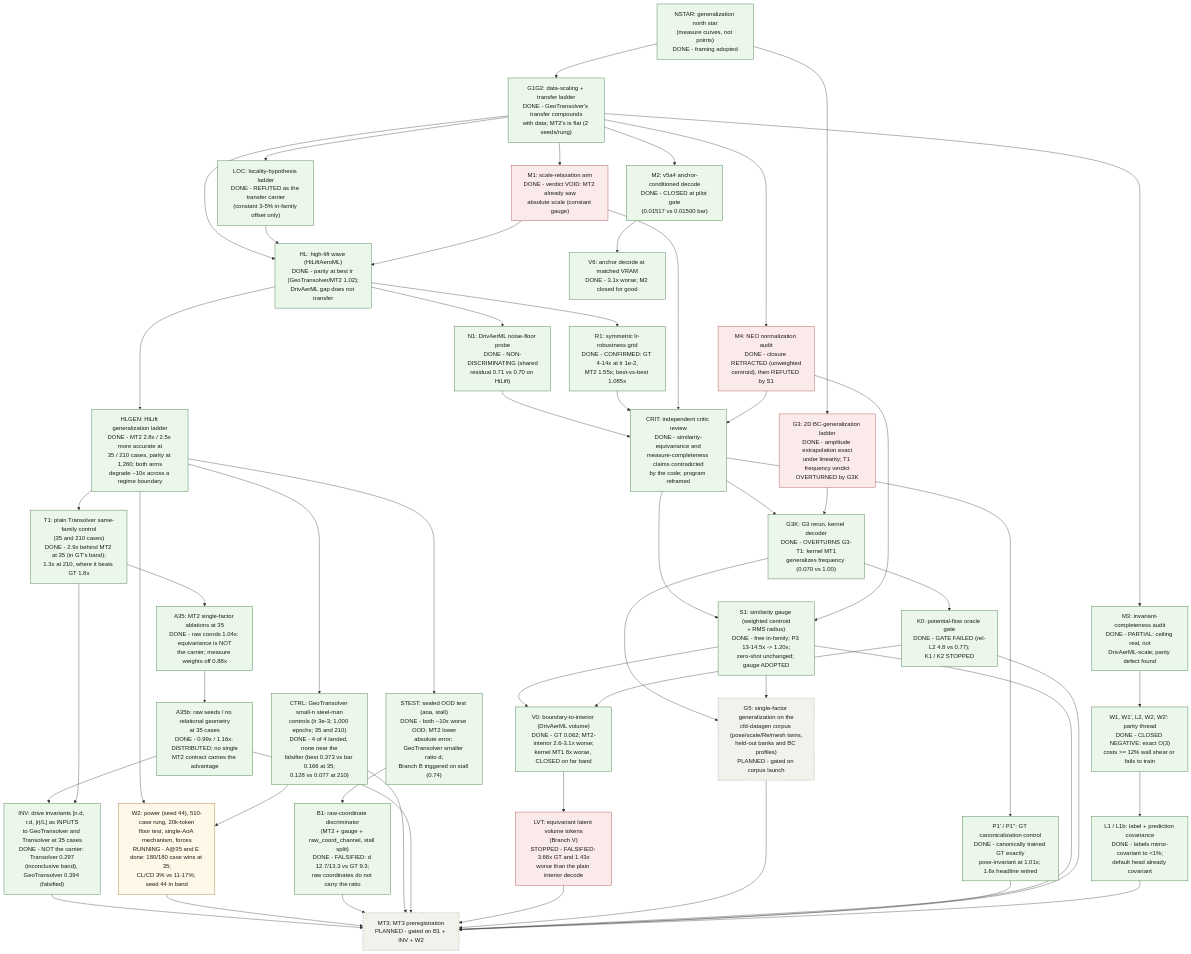
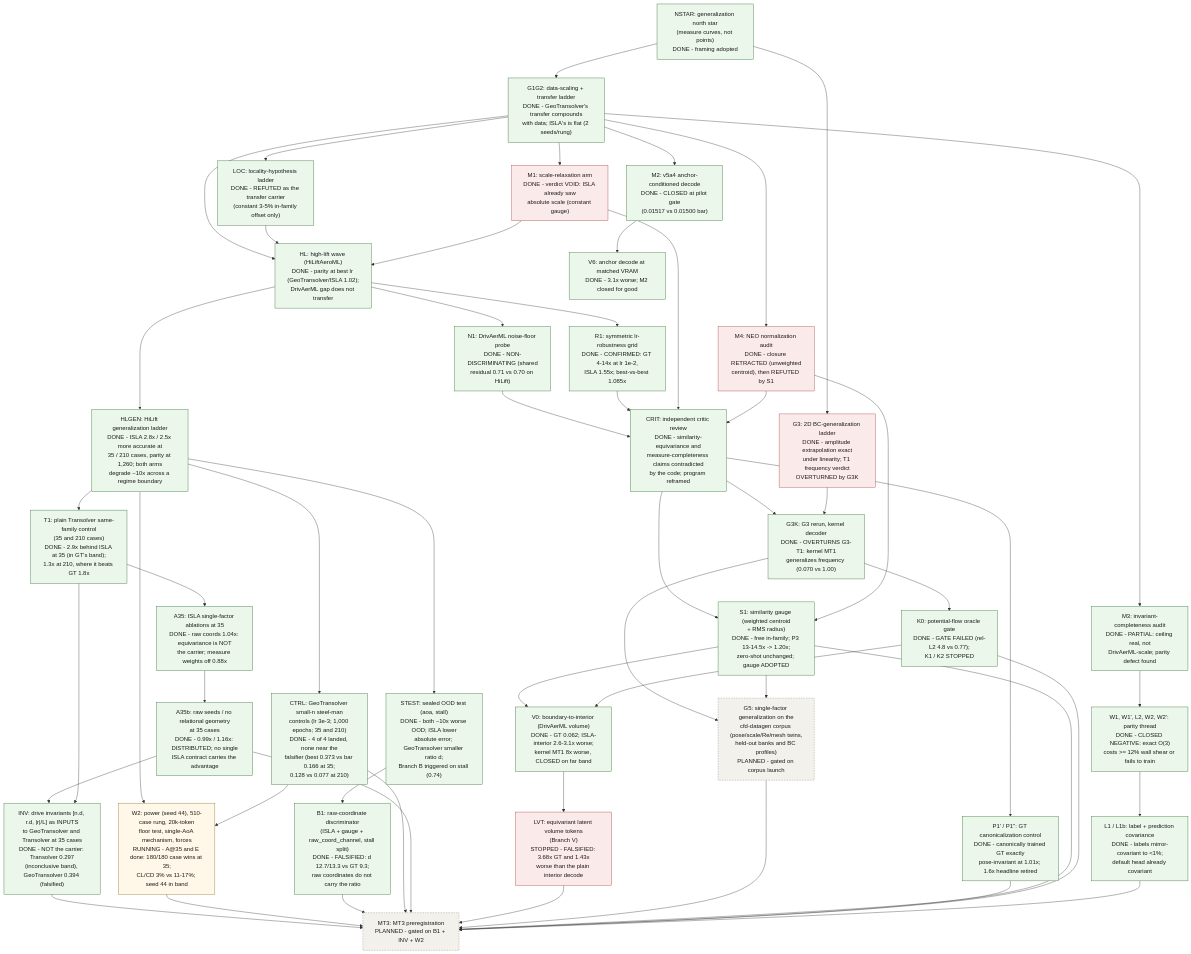
One commit to peterdsharpe/modulus changed the diagram in examples/cfd/mesh_transformer/book/13-program-status.qmd. Above: the diagram before and after it, drawn with Mermaid. The commit also changed other lines of this file and 13 other files, not shown here.

Commit message:
Book: rename the architecture to ISLA (Invariant Slice Attention) in all reader-facing chapters, governing docs and config; notebook entry records the decision

```diff
--- a/examples/cfd/mesh_transformer/book/13-program-status.qmd
+++ b/examples/cfd/mesh_transformer/book/13-program-status.qmd
@@ -42,16 +42,16 @@
     classDef retracted fill:#fbeaea,stroke:#a33a3a,color:#1a1a1a
 
     NSTAR["NSTAR: generalization north star<br/>(measure curves, not points)<br/>DONE - framing adopted"]:::done
-    G1G2["G1G2: data-scaling + transfer ladder<br/>DONE - GeoTransolver's transfer compounds<br/>with data; MT2's is flat (2 seeds/rung)"]:::done
+    G1G2["G1G2: data-scaling + transfer ladder<br/>DONE - GeoTransolver's transfer compounds<br/>with data; ISLA's is flat (2 seeds/rung)"]:::done
     LOC["LOC: locality-hypothesis ladder<br/>DONE - REFUTED as the transfer carrier<br/>(constant 3-5% in-family offset only)"]:::done
-    M1["M1: scale-relaxation arm<br/>DONE - verdict VOID: MT2 already saw<br/>absolute scale (constant gauge)"]:::retracted
+    M1["M1: scale-relaxation arm<br/>DONE - verdict VOID: ISLA already saw<br/>absolute scale (constant gauge)"]:::retracted
     M2["M2: v5a4 anchor-conditioned decode<br/>DONE - CLOSED at pilot gate<br/>(0.01517 vs 0.01500 bar)"]:::done
     M3["M3: invariant-completeness audit<br/>DONE - PARTIAL: ceiling real, not<br/>DrivAerML-scale; parity defect found"]:::done
     M4["M4: NEO normalization audit<br/>DONE - closure RETRACTED (unweighted<br/>centroid), then REFUTED by S1"]:::retracted
     G3["G3: 2D BC-generalization ladder<br/>DONE - amplitude extrapolation exact<br/>under linearity; T1 frequency verdict<br/>OVERTURNED by G3K"]:::retracted
-    HL["HL: high-lift wave (HiLiftAeroML)<br/>DONE - parity at best lr (GeoTransolver/MT2 1.02);<br/>DrivAerML gap does not transfer"]:::done
+    HL["HL: high-lift wave (HiLiftAeroML)<br/>DONE - parity at best lr (GeoTransolver/ISLA 1.02);<br/>DrivAerML gap does not transfer"]:::done
     N1["N1: DrivAerML noise-floor probe<br/>DONE - NON-DISCRIMINATING (shared<br/>residual 0.71 vs 0.70 on HiLift)"]:::done
-    R1["R1: symmetric lr-robustness grid<br/>DONE - CONFIRMED: GT 4-14x at lr 1e-2,<br/>MT2 1.55x; best-vs-best 1.085x"]:::done
+    R1["R1: symmetric lr-robustness grid<br/>DONE - CONFIRMED: GT 4-14x at lr 1e-2,<br/>ISLA 1.55x; best-vs-best 1.085x"]:::done
     V6["V6: anchor decode at matched VRAM<br/>DONE - 3.1x worse; M2 closed for good"]:::done
     PAR["W1, W1', L2, W2, W2': parity thread<br/>DONE - CLOSED NEGATIVE: exact O(3)<br/>costs >= 12% wall shear or fails to train"]:::done
     L1["L1 / L1b: label + prediction covariance<br/>DONE - labels mirror-covariant to <1%;<br/>default head already covariant"]:::done
@@ -60,17 +60,17 @@
     K0["K0: potential-flow oracle gate<br/>DONE - GATE FAILED (rel-L2 4.8 vs 0.77);<br/>K1 / K2 STOPPED"]:::done
     P1C["P1' / P1'': GT canonicalization control<br/>DONE - canonically trained GT exactly<br/>pose-invariant at 1.01x; 1.6x headline retired"]:::done
     S1["S1: similarity gauge (weighted centroid<br/>+ RMS radius)<br/>DONE - free in-family; P3 13-14.5x -> 1.20x;<br/>zero-shot unchanged; gauge ADOPTED"]:::done
-    HLGEN["HLGEN: HiLift generalization ladder<br/>DONE - MT2 2.8x / 2.5x more accurate at<br/>35 / 210 cases, parity at 1,260; both arms<br/>degrade ~10x across a regime boundary"]:::done
+    HLGEN["HLGEN: HiLift generalization ladder<br/>DONE - ISLA 2.8x / 2.5x more accurate at<br/>35 / 210 cases, parity at 1,260; both arms<br/>degrade ~10x across a regime boundary"]:::done
     CTRL["CTRL: GeoTransolver small-n steel-man<br/>controls (lr 3e-3; 1,000 epochs; 35 and 210)<br/>DONE - 4 of 4 landed, none near the<br/>falsifier (best 0.373 vs bar 0.166 at 35;<br/>0.128 vs 0.077 at 210)"]:::done
-    T1["T1: plain Transolver same-family control<br/>(35 and 210 cases)<br/>DONE - 2.9x behind MT2 at 35 (in GT's band);<br/>1.3x at 210, where it beats GT 1.8x"]:::done
-    A35["A35: MT2 single-factor ablations at 35<br/>DONE - raw coords 1.04x: equivariance is NOT<br/>the carrier; measure weights off 0.88x"]:::done
-    A35B["A35b: raw seeds / no relational geometry<br/>at 35 cases<br/>DONE - 0.99x / 1.16x: DISTRIBUTED; no single<br/>MT2 contract carries the advantage"]:::done
+    T1["T1: plain Transolver same-family control<br/>(35 and 210 cases)<br/>DONE - 2.9x behind ISLA at 35 (in GT's band);<br/>1.3x at 210, where it beats GT 1.8x"]:::done
+    A35["A35: ISLA single-factor ablations at 35<br/>DONE - raw coords 1.04x: equivariance is NOT<br/>the carrier; measure weights off 0.88x"]:::done
+    A35B["A35b: raw seeds / no relational geometry<br/>at 35 cases<br/>DONE - 0.99x / 1.16x: DISTRIBUTED; no single<br/>ISLA contract carries the advantage"]:::done
     INV["INV: drive invariants [n.d, r.d, |r|/L] as INPUTS<br/>to GeoTransolver and Transolver at 35 cases<br/>DONE - NOT the carrier: Transolver 0.297<br/>(inconclusive band), GeoTransolver 0.394 (falsified)"]:::done
     W2["W2: power (seed 44), 510-case rung, 20k-token<br/>floor test, single-AoA mechanism, forces<br/>RUNNING - A@35 and E done: 180/180 case wins at 35;<br/>CL/CD 3% vs 11-17%; seed 44 in band"]:::running
-    V0["V0: boundary-to-interior (DrivAerML volume)<br/>DONE - GT 0.062; MT2-interior 2.6-3.1x worse;<br/>kernel MT1 8x worse, CLOSED on far band"]:::done
+    V0["V0: boundary-to-interior (DrivAerML volume)<br/>DONE - GT 0.062; ISLA-interior 2.6-3.1x worse;<br/>kernel MT1 8x worse, CLOSED on far band"]:::done
     LVT["LVT: equivariant latent volume tokens<br/>(Branch V)<br/>STOPPED - FALSIFIED: 3.68x GT and 1.43x<br/>worse than the plain interior decode"]:::retracted
-    STEST["STEST: sealed OOD test (aoa, stall)<br/>DONE - both ~10x worse OOD; MT2 lower<br/>absolute error; GeoTransolver smaller ratio d;<br/>Branch B triggered on stall (0.74)"]:::done
-    B1["B1: raw-coordinate discriminator<br/>(MT2 + gauge + raw_coord_channel, stall split)<br/>DONE - FALSIFIED: d 12.7/13.3 vs GT 9.3;<br/>raw coordinates do not carry the ratio"]:::done
+    STEST["STEST: sealed OOD test (aoa, stall)<br/>DONE - both ~10x worse OOD; ISLA lower<br/>absolute error; GeoTransolver smaller ratio d;<br/>Branch B triggered on stall (0.74)"]:::done
+    B1["B1: raw-coordinate discriminator<br/>(ISLA + gauge + raw_coord_channel, stall split)<br/>DONE - FALSIFIED: d 12.7/13.3 vs GT 9.3;<br/>raw coordinates do not carry the ratio"]:::done
     MT3["MT3: MT3 preregistration<br/>PLANNED - gated on B1 + INV + W2"]:::planned
     G5["G5: single-factor generalization on the<br/>cfd-datagen corpus (pose/scale/Re/mesh twins,<br/>held-out banks and BC profiles)<br/>PLANNED - gated on corpus launch"]:::planned
 
```
